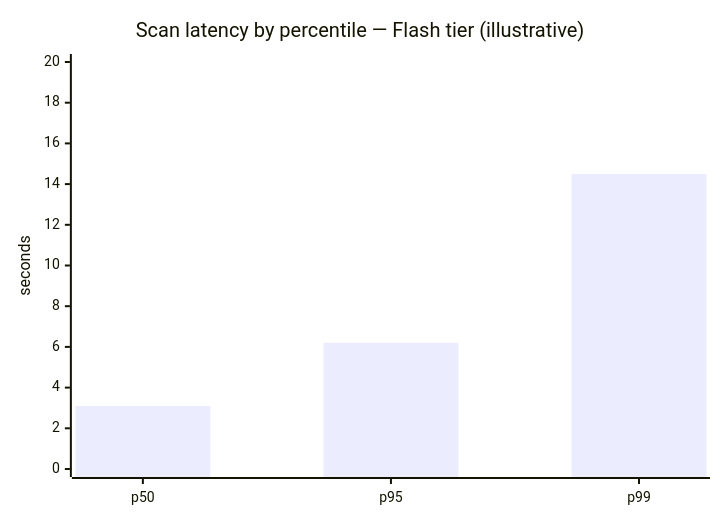
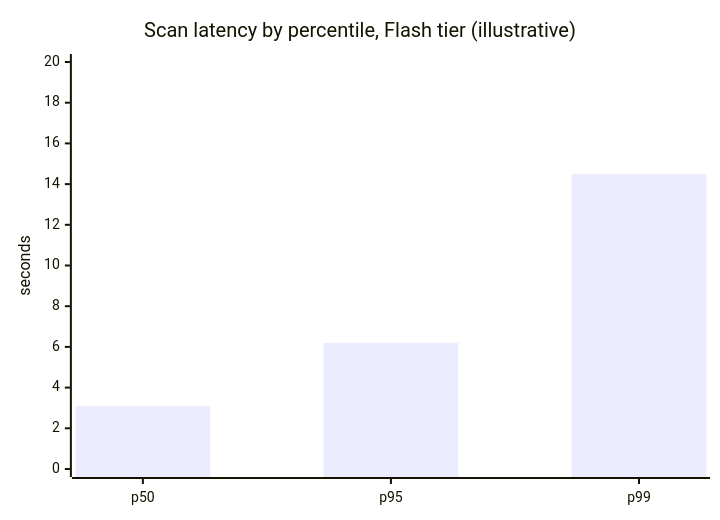
Before and after one commit to dvallslanaquera/skingraph: the eighth of 14 diagrams in EVAL-OPS.md, drawn with Mermaid. The commit also changed other lines of this file and 1 other file, not shown here.

First line of the commit message:
docs: sync roadmap with shipped phases 3-7; GitHub-safe EVAL-OPS mermaid labels

````diff
--- a/EVAL-OPS.md
+++ b/EVAL-OPS.md
@@ -355,7 +355,7 @@
 ```mermaid
 xychart-beta
-    title "Scan latency by percentile — Flash tier (illustrative)"
+    title "Scan latency by percentile, Flash tier (illustrative)"
     x-axis ["p50", "p95", "p99"]
     y-axis "seconds" 0 --> 20
     bar [3.1, 6.2, 14.5]
 ```
````
